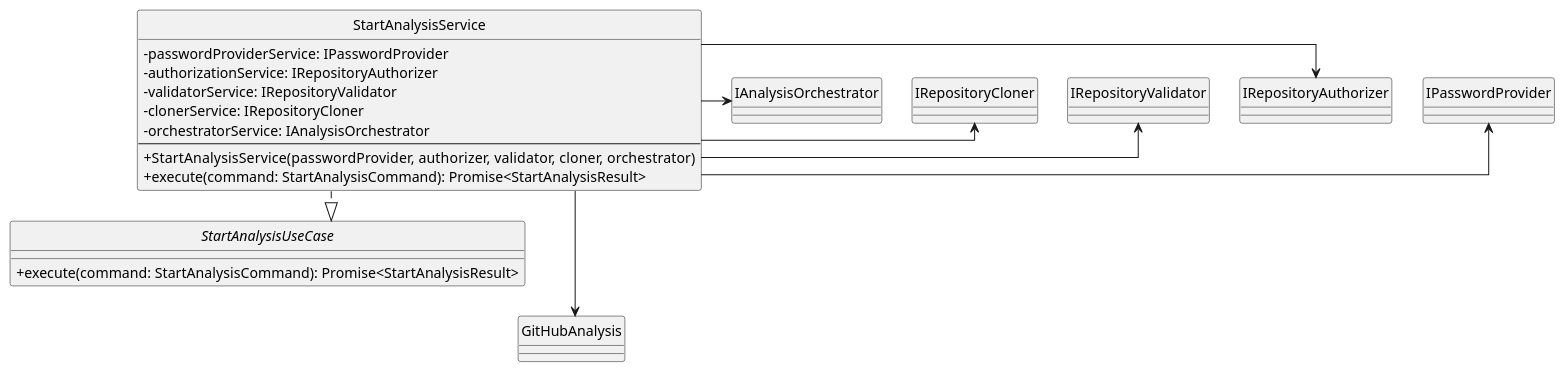
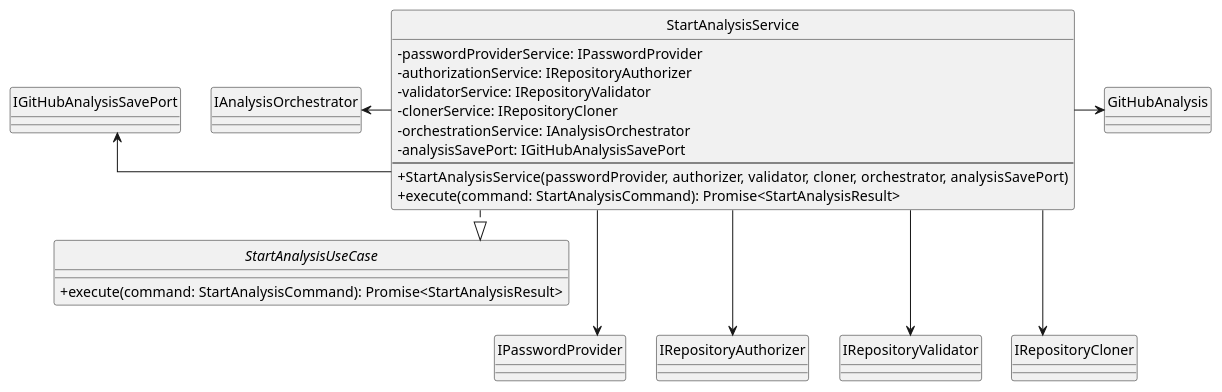
One commit to SkarabGroup/DocumentazioneProgetto changed the diagram in assets/st_diagrams/code/plantuml/analysis/application/services/startAnalysis.as.plantuml. Above: the diagram before and after it, drawn with PlantUML. The commit also changed 59 other files, not shown here.

```diff
--- a/assets/st_diagrams/code/plantuml/analysis/application/services/startAnalysis.as.plantuml
+++ b/assets/st_diagrams/code/plantuml/analysis/application/services/startAnalysis.as.plantuml
@@ -1,31 +1,33 @@
 @startuml StartAnalysisService
 skinparam componentStyle uml2.5
 skinparam linetype ortho
 skinparam nodesep 30
 skinparam ranksep 30
 skinparam ClassAttributeIconSize 0
 hide circles
 
 interface StartAnalysisUseCase {
     + execute(command: StartAnalysisCommand): Promise<StartAnalysisResult>
 }
 
 class StartAnalysisService {
     - passwordProviderService: IPasswordProvider
     - authorizationService: IRepositoryAuthorizer
     - validatorService: IRepositoryValidator
     - clonerService: IRepositoryCloner
-    - orchestratorService: IAnalysisOrchestrator
+    - orchestrationService: IAnalysisOrchestrator
+    - analysisSavePort: IGitHubAnalysisSavePort
     ---
-    + StartAnalysisService(passwordProvider, authorizer, validator, cloner, orchestrator)
+    + StartAnalysisService(passwordProvider, authorizer, validator, cloner, orchestrator, analysisSavePort)
     + execute(command: StartAnalysisCommand): Promise<StartAnalysisResult>
 }
 
 StartAnalysisService ..|> StartAnalysisUseCase
-StartAnalysisService --right-> IPasswordProvider
-StartAnalysisService --right-> IRepositoryAuthorizer
-StartAnalysisService --right-> IRepositoryValidator
-StartAnalysisService --right-> IRepositoryCloner
-StartAnalysisService --right-> IAnalysisOrchestrator
-StartAnalysisService --down-> GitHubAnalysis
+StartAnalysisService --down-> IPasswordProvider
+StartAnalysisService --down-> IRepositoryAuthorizer
+StartAnalysisService --down-> IRepositoryValidator
+StartAnalysisService --down-> IRepositoryCloner
+StartAnalysisService --left-> IAnalysisOrchestrator
+StartAnalysisService --left-> IGitHubAnalysisSavePort
+StartAnalysisService --right-> GitHubAnalysis
 @enduml
```
